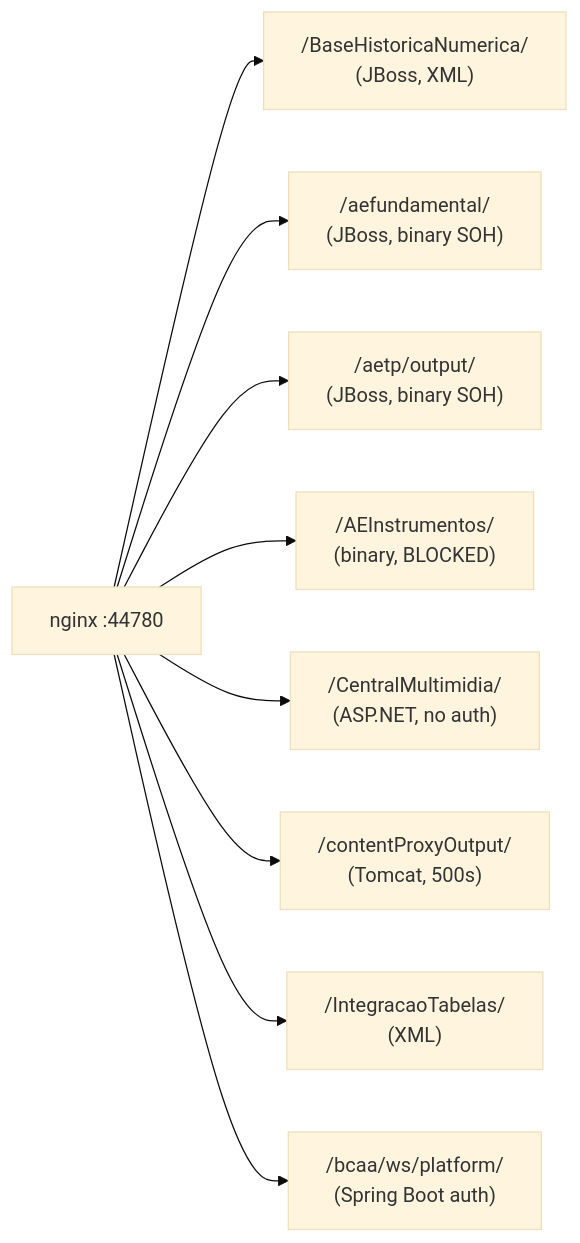
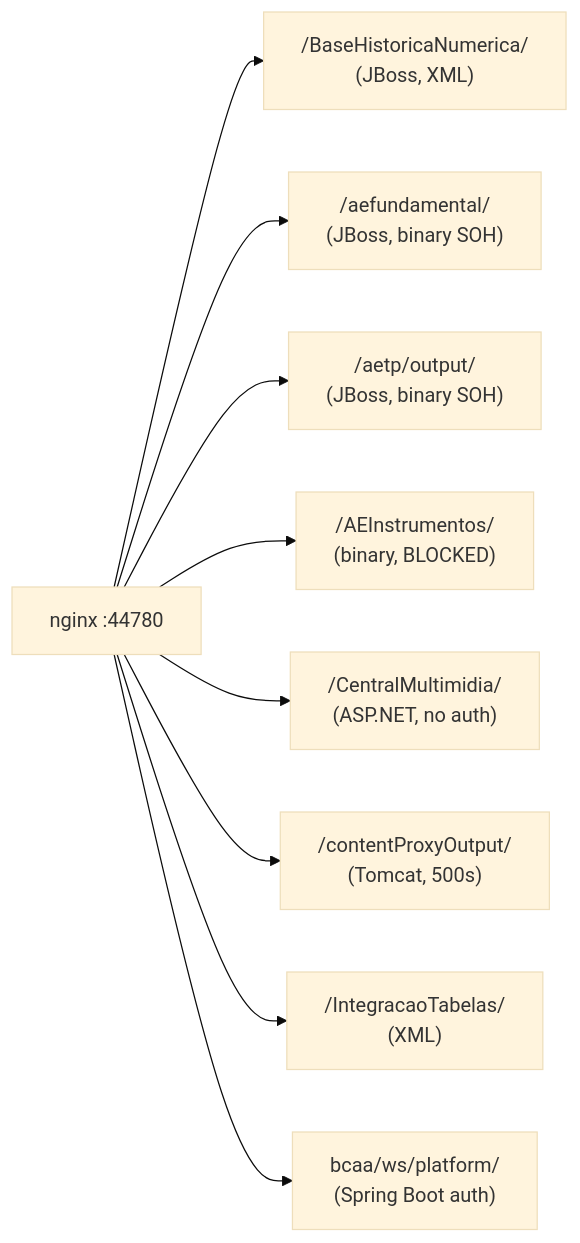
Before and after one commit to enzoomoreira/py-bcast: the second of 2 diagrams in docs/architecture.md, drawn with Mermaid (base theme). The commit also changed other lines of this file and 21 other files, not shown here.

````diff
--- a/docs/architecture.md
+++ b/docs/architecture.md
@@ -100,12 +100,12 @@
 ```mermaid
 graph LR
     nginx["nginx :44780"]
     nginx --> BHN["/BaseHistoricaNumerica/<br/>(JBoss, XML)"]
     nginx --> AEF["/aefundamental/<br/>(JBoss, binary SOH)"]
     nginx --> AETP["/aetp/output/<br/>(JBoss, binary SOH)"]
     nginx --> AEI["/AEInstrumentos/<br/>(binary, BLOCKED)"]
     nginx --> CMM["/CentralMultimidia/<br/>(ASP.NET, no auth)"]
     nginx --> CPO["/contentProxyOutput/<br/>(Tomcat, 500s)"]
     nginx --> IT["/IntegracaoTabelas/<br/>(XML)"]
-    nginx --> BCAA["/bcaa/ws/platform/<br/>(Spring Boot auth)"]
+    nginx --> BCAA["bcaa/ws/platform/<br/>(Spring Boot auth)"]
 ```
````
